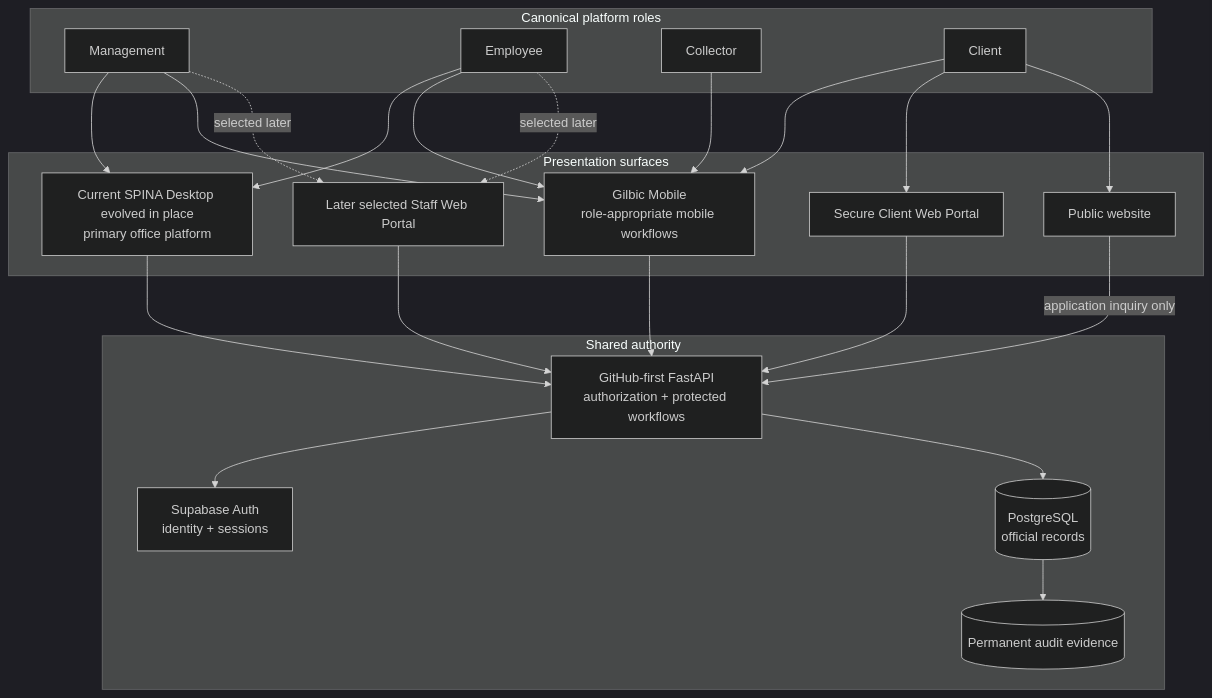
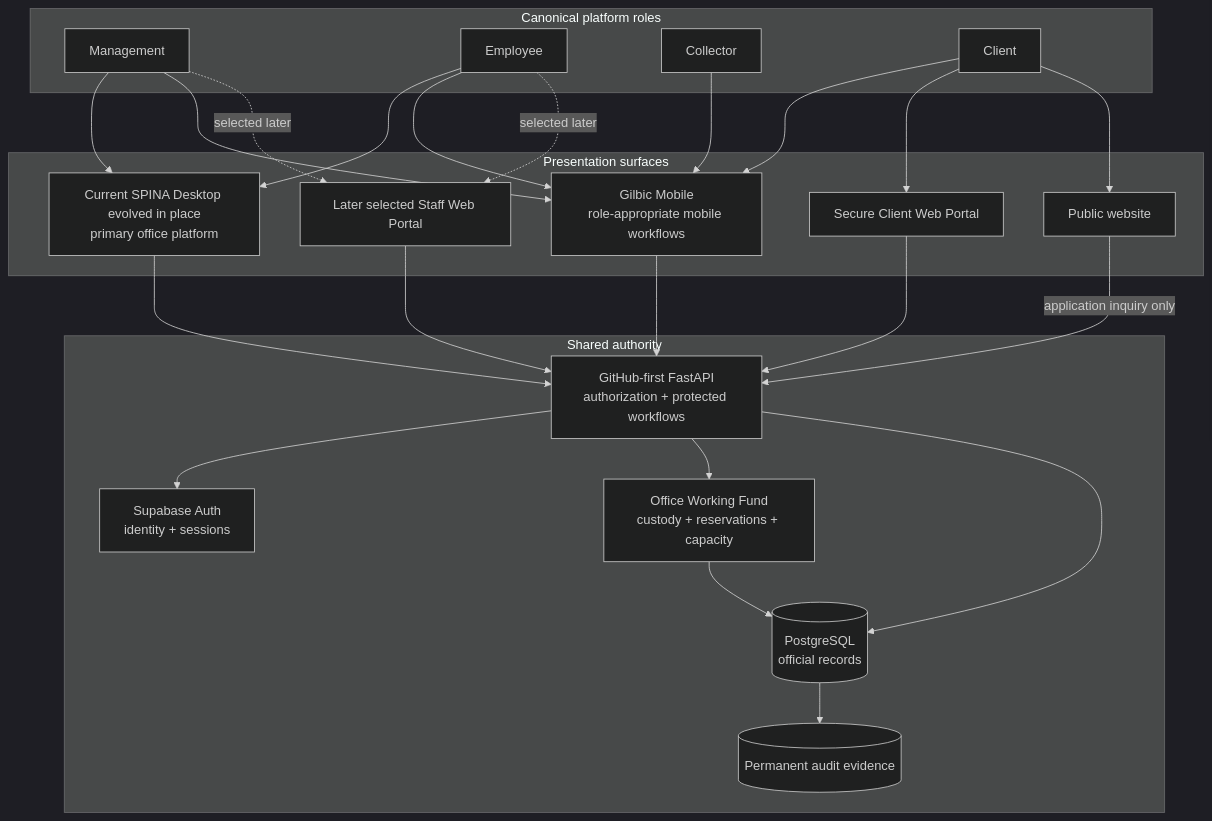
The second of 5 diagrams in docs/architecture/system-map.md (GILBIC/spina-lending-app), drawn with Mermaid (dark theme) before and after one commit. The commit also changed other lines of this file and 8 other files, not shown here.

Commit message:
docs: add office and new-client fund design

````diff
--- a/docs/architecture/system-map.md
+++ b/docs/architecture/system-map.md
@@ -43,44 +43,47 @@
 ```mermaid
 flowchart TB
     subgraph PEOPLE[Canonical platform roles]
         MGMT[Management]
         EMP[Employee]
         COLL[Collector]
         CLIENT[Client]
     end
 
     subgraph SURFACES[Presentation surfaces]
         DESK[Current SPINA Desktop evolved in place\nprimary office platform]
         MOB[Gilbic Mobile\nrole-appropriate mobile workflows]
         PUB[Public website]
         CWEB[Secure Client Web Portal]
         SWEB[Later selected Staff Web Portal]
     end
 
     subgraph AUTHORITY[Shared authority]
         API[GitHub-first FastAPI\nauthorization + protected workflows]
         AUTH[Supabase Auth\nidentity + sessions]
+        FUND[Office Working Fund\ncustody + reservations + capacity]
         DB[(PostgreSQL\nofficial records)]
         AUDIT[(Permanent audit evidence)]
     end
 
     MGMT --> DESK
     MGMT --> MOB
     MGMT -. selected later .-> SWEB
     EMP --> DESK
     EMP --> MOB
     EMP -. selected later .-> SWEB
     COLL --> MOB
     CLIENT --> MOB
     CLIENT --> CWEB
     CLIENT --> PUB
 
     DESK --> API
     MOB --> API
     CWEB --> API
     SWEB --> API
     PUB -->|application inquiry only| API
     API --> AUTH
+    API --> FUND
+    FUND --> DB
     API --> DB
     DB --> AUDIT
 ```
````
